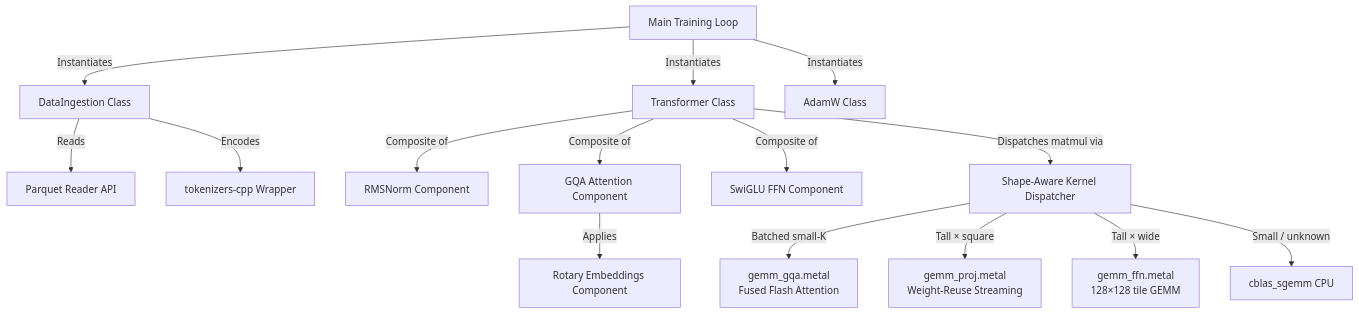
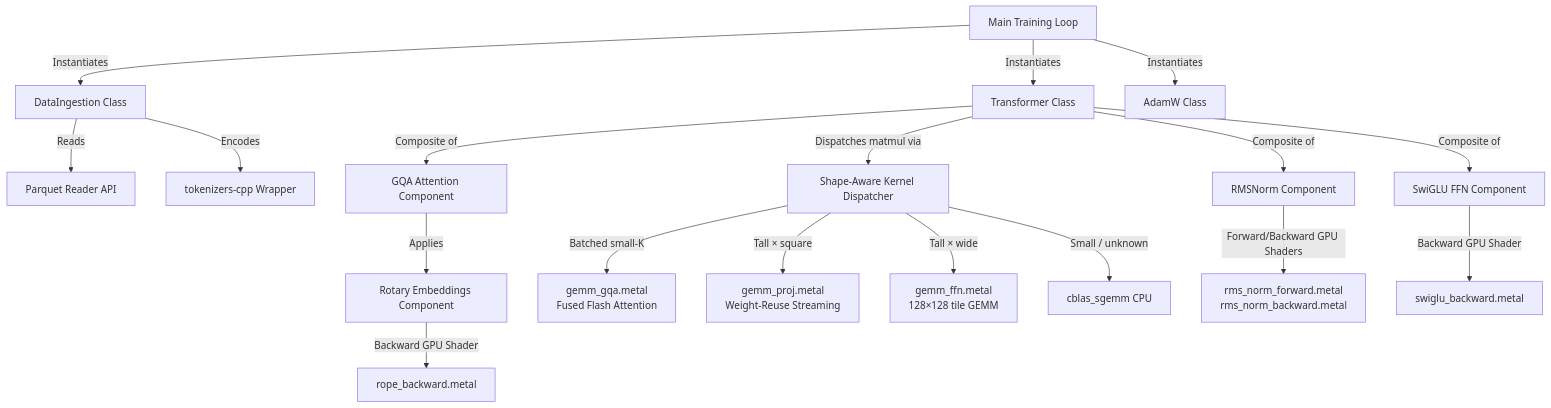
One commit to rahul238xaviers/large-language-model changed the third of 3 diagrams in cpp/doc/c4_sprint_plan.md. Above: the diagram before and after it, drawn with Mermaid. The commit also changed other lines of this file and 7 other files, not shown here.

````diff
--- a/cpp/doc/c4_sprint_plan.md
+++ b/cpp/doc/c4_sprint_plan.md
@@ -66,21 +66,25 @@
 ```mermaid
 graph TD
     Trainer[Main Training Loop] -->|Instantiates| DataIngestion[DataIngestion Class]
     Trainer -->|Instantiates| Transformer[Transformer Class]
     Trainer -->|Instantiates| AdamW[AdamW Class]
 
     DataIngestion -->|Reads| ParquetReader[Parquet Reader API]
     DataIngestion -->|Encodes| Tokenizer[tokenizers-cpp Wrapper]
 
     Transformer -->|Composite of| RMSNorm[RMSNorm Component]
     Transformer -->|Composite of| Attention[GQA Attention Component]
     Transformer -->|Composite of| SwiGLU[SwiGLU FFN Component]
 
     Attention -->|Applies| RoPE[Rotary Embeddings Component]
 
     Transformer -->|Dispatches matmul via| ShapeDispatcher[Shape-Aware Kernel Dispatcher]
     ShapeDispatcher -->|Batched small-K| GQAKernel[gemm_gqa.metal\nFused Flash Attention]
     ShapeDispatcher -->|Tall × square| ProjKernel[gemm_proj.metal\nWeight-Reuse Streaming]
     ShapeDispatcher -->|Tall × wide| FFNKernel[gemm_ffn.metal\n128×128 tile GEMM]
     ShapeDispatcher -->|Small / unknown| CPUFallback[cblas_sgemm CPU]
+
+    RMSNorm -->|Forward/Backward GPU Shaders| RMSNormKernels[rms_norm_forward.metal\nrms_norm_backward.metal]
+    SwiGLU -->|Backward GPU Shader| SwiGLUKernel[swiglu_backward.metal]
+    RoPE -->|Backward GPU Shader| RoPEKernel[rope_backward.metal]
 ```
````
